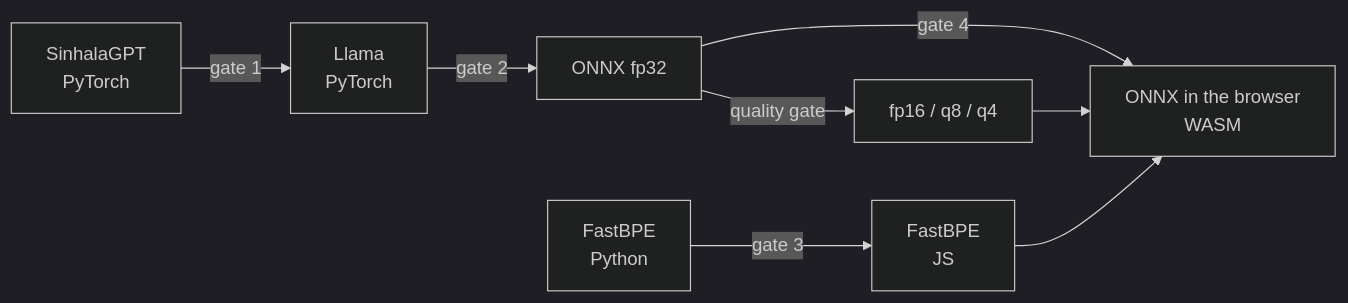
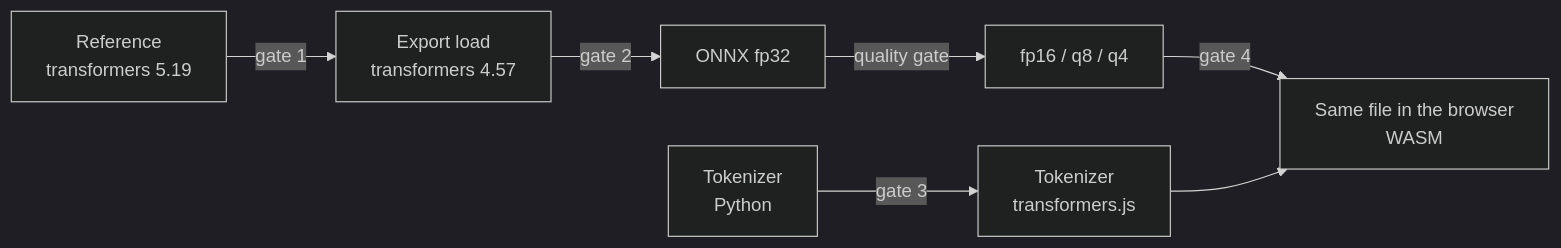
The fifth of 6 diagrams in docs/sinhalalm-browser-proposal.md (sinsankio/sinhalalm-offline), drawn with Mermaid (dark theme) before and after one commit. The commit also changed other lines of this file, not shown here.

First line of the commit message:
docs: Revise proposal for SinhalaLLM-1.7B

````diff
--- a/docs/sinhalalm-browser-proposal.md
+++ b/docs/sinhalalm-browser-proposal.md
@@ -533,10 +385,9 @@
 ```mermaid
 flowchart LR
-  A["SinhalaGPT<br/>PyTorch"] -->|"gate 1"| B["Llama<br/>PyTorch"]
+  A["Reference<br/>transformers 5.19"] -->|"gate 1"| B["Export load<br/>transformers 4.57"]
   B -->|"gate 2"| C["ONNX fp32"]
   C -->|"quality gate"| D["fp16 / q8 / q4"]
-  F["FastBPE<br/>Python"] -->|"gate 3"| G["FastBPE<br/>JS"]
-  C -->|"gate 4"| E["ONNX in the browser<br/>WASM"]
-  D --> E
+  F["Tokenizer<br/>Python"] -->|"gate 3"| G["Tokenizer<br/>transformers.js"]
+  D -->|"gate 4"| E["Same file in the browser<br/>WASM"]
   G --> E
 ```
````
